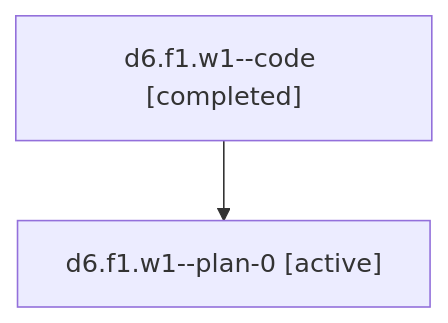
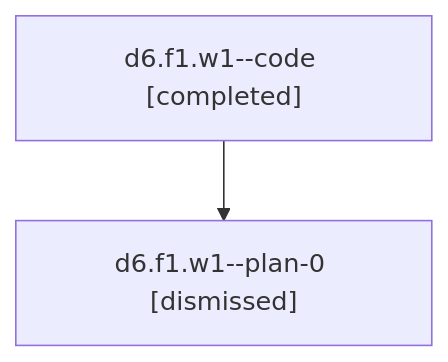
One commit to sase-org/sase--agents changed the diagram in sessions/bbugyi200.athena.d6.f1.w1.md. Above: the diagram before and after it, drawn with Mermaid. The commit also changed other lines of this file and 69 other files, not shown here.

````diff
--- a/sessions/bbugyi200.athena.d6.f1.w1.md
+++ b/sessions/bbugyi200.athena.d6.f1.w1.md
@@ -9,6 +9,6 @@
 ```mermaid
 flowchart TD
   n0["d6.f1.w1--code [completed]"]
-  n1["d6.f1.w1--plan-0 [active]"]
+  n1["d6.f1.w1--plan-0 [dismissed]"]
   n0 --> n1
 ```
````
